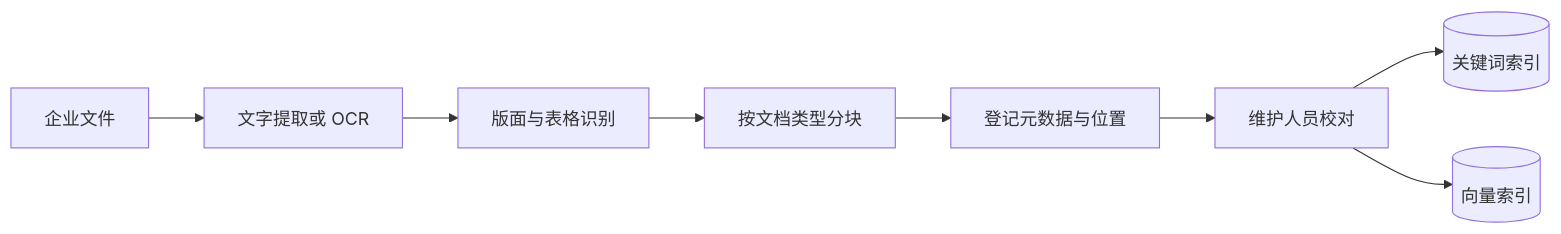
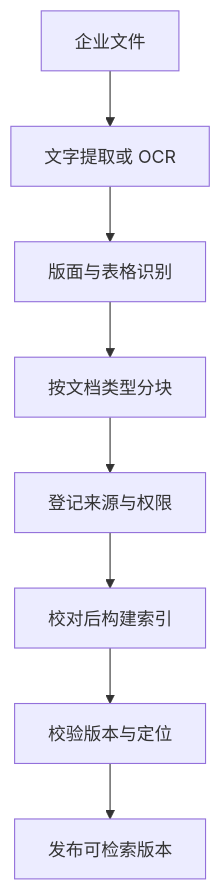
The diagram in src/content/design/ingestion.md (xmili233/enterprise-knowledge-agent), drawn with Mermaid before and after one commit. The commit also changed other lines of this file and 12 other files, not shown here.

First line of the commit message:
Correct knowledge guide query flow and evidence boundaries

````diff
--- a/src/content/design/ingestion.md
+++ b/src/content/design/ingestion.md
@@ -7,10 +7,10 @@
 ```mermaid
-flowchart LR
+flowchart TB
   A[企业文件] --> B[文字提取或 OCR]
   B --> C[版面与表格识别]
   C --> D[按文档类型分块]
-  D --> E[登记元数据与位置]
-  E --> F[维护人员校对]
-  F --> G[(关键词索引)]
-  F --> H[(向量索引)]
+  D --> E[登记来源与权限]
+  E --> F[校对后构建索引]
+  F --> G[校验版本与定位]
+  G --> H[发布可检索版本]
 ```
````
